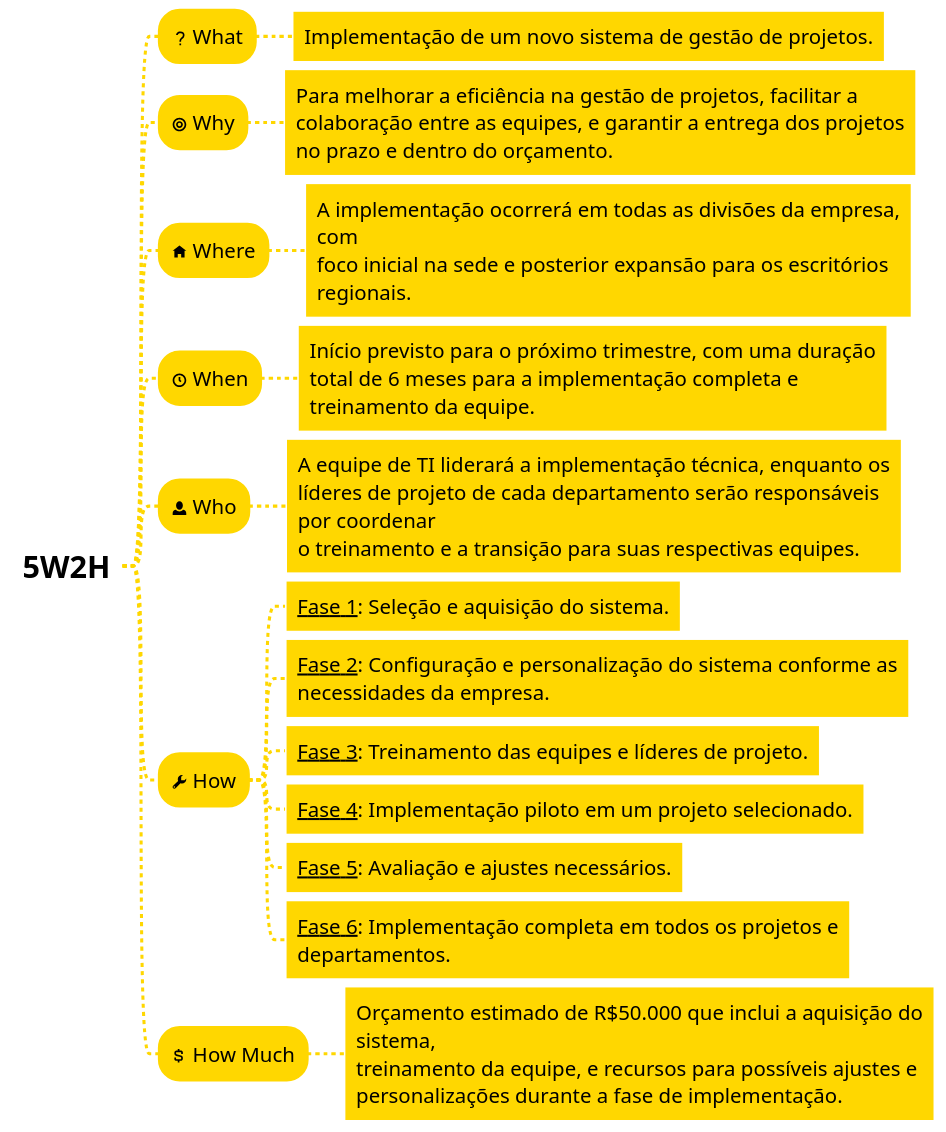
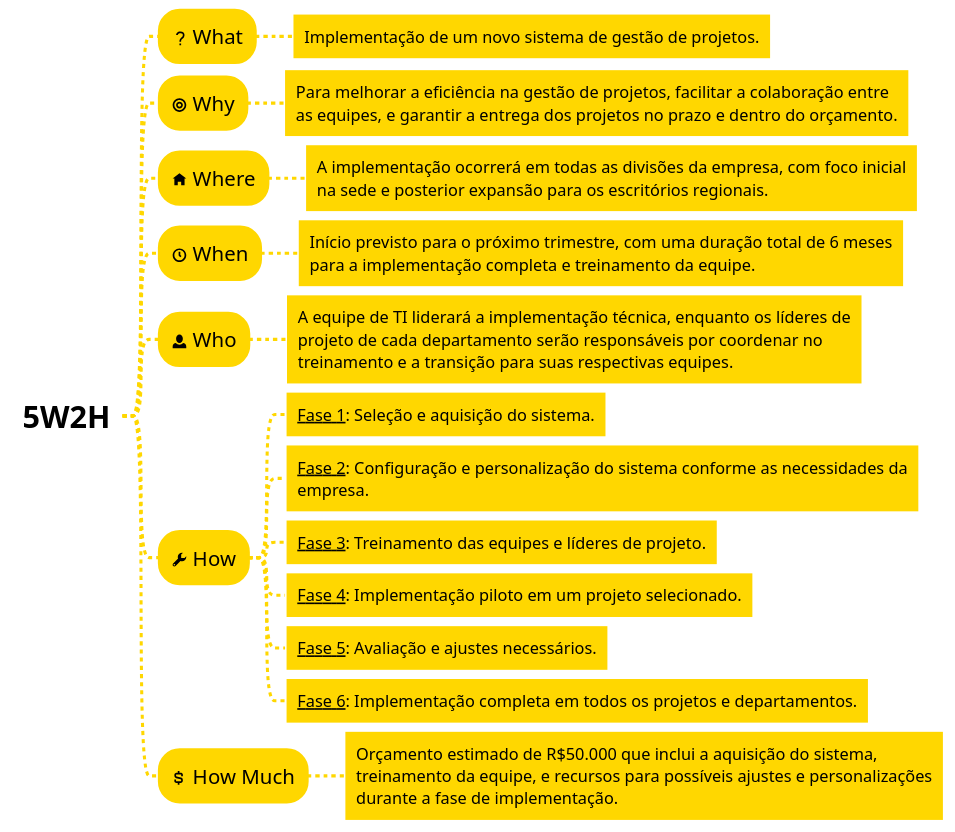
Before and after one commit to GiovaniPM/MyCourses: the fifth of 7 diagrams in Kanban/Cards.md, drawn with PlantUML. The commit also changed 1 other file, not shown here.

Commit message:
giova(LAPTOP-K5TUGPF) 241108182605

````diff
--- a/Kanban/Cards.md
+++ b/Kanban/Cards.md
@@ -299,62 +299,63 @@
 ```plantuml
 @startmindmap
 <style>
 node {
     BackgroundColor gold
     HorizontalAlignment center
     LineColor gold
     LineThickness 3.0
     Margin 3
     MaximumWidth 600
     Padding 12
     RoundCorner 40
     fontsize 20
 }
 
 rootNode {
     BackgroundColor white
     LineColor white
     LineStyle 8.0;3.0
     LineThickness 1.0
     RoundCorner 0
     Shadowing 0.0
     fontsize 30
 }
 
 leafNode {
     BackgroundColor gold
     LineColor white
     HorizontalAlignment left
     Padding 12
     RoundCorner 0
+    fontsize 16
 }
 
 arrow {
     ;LineStyle 4
     ;LineThickness 0.5
     LineColor gold
     LineThickness 3.0
 }
 </style>
 * **5W2H**
 ** <&question-mark> What
 *** Implementação de um novo sistema de gestão de projetos.
 ** <&target> Why
-*** Para melhorar a eficiência na gestão de projetos, facilitar a \ncolaboração entre as equipes, e garantir a entrega dos projetos\nno prazo e dentro do orçamento.
+*** Para melhorar a eficiência na gestão de projetos, facilitar a colaboração entre as equipes, e garantir a entrega dos projetos no prazo e dentro do orçamento.
 ** <&home> Where
-*** A implementação ocorrerá em todas as divisões da empresa, com \nfoco inicial na sede e posterior expansão para os escritórios regionais.
+*** A implementação ocorrerá em todas as divisões da empresa, com foco inicial na sede e posterior expansão para os escritórios regionais.
 ** <&clock> When
-*** Início previsto para o próximo trimestre, com uma duração \ntotal de 6 meses para a implementação completa e treinamento da equipe.
+*** Início previsto para o próximo trimestre, com uma duração total de 6 meses para a implementação completa e treinamento da equipe.
 ** <&person> Who
-*** A equipe de TI liderará a implementação técnica, enquanto os \nlíderes de projeto de cada departamento serão responsáveis por coordenar \no treinamento e a transição para suas respectivas equipes.
+*** A equipe de TI liderará a implementação técnica, enquanto os líderes de projeto de cada departamento serão responsáveis por coordenar no treinamento e a transição para suas respectivas equipes.
 ** <&wrench> How
 *** __Fase 1__: Seleção e aquisição do sistema.
 *** __Fase 2__: Configuração e personalização do sistema conforme as necessidades da empresa.
 *** __Fase 3__: Treinamento das equipes e líderes de projeto.
 *** __Fase 4__: Implementação piloto em um projeto selecionado.
 *** __Fase 5__: Avaliação e ajustes necessários.
 *** __Fase 6__: Implementação completa em todos os projetos e departamentos.
 ** <&dollar> How Much
-*** Orçamento estimado de R$50.000 que inclui a aquisição do sistema, \ntreinamento da equipe, e recursos para possíveis ajustes e \npersonalizações durante a fase de implementação.
+*** Orçamento estimado de R$50.000 que inclui a aquisição do sistema, treinamento da equipe, e recursos para possíveis ajustes e personalizações durante a fase de implementação.
 @endmindmap
 ```
````
